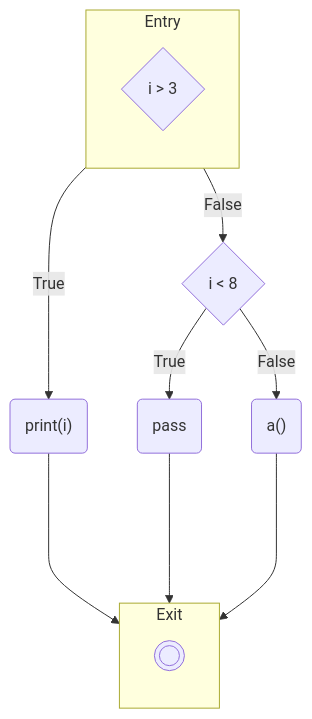
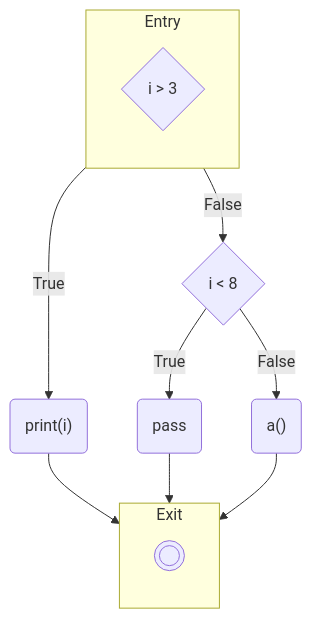
Before and after one commit to moosetechnology/moosetechnology.github.io: diagram 14 of 18 in src/content/docs/developers/fast-cfg.mdx, drawn with Mermaid. The commit also changed other lines of this file, not shown here.

Commit message:
Correction des flèches dans les diagrammes de flux pour une meilleure clarté

````diff
--- a/src/content/docs/developers/fast-cfg.mdx
+++ b/src/content/docs/developers/fast-cfg.mdx
@@ -798,27 +798,27 @@
 ```mermaid
 flowchart TD
 	subgraph Entry
 		direction TB
 		1
 	end
 
 	subgraph Exit
 		direction TB
 		4
 	end
 
 	1{"i > 3 "}
 	2("print(i) ")
 	3{"i < 8 "}
 	4(((" ")))
 	5("pass ")
 	6("a() ")
 	1 -- True --> 2
 	1 -- False --> 3
-	2 ----> 4
+	2 --> 4
 	3 -- True --> 5
 	3 -- False --> 6
-	5 ----> 4
-	6 ----> 4
+	5 --> 4
+	6 --> 4
 	
 ```
````
